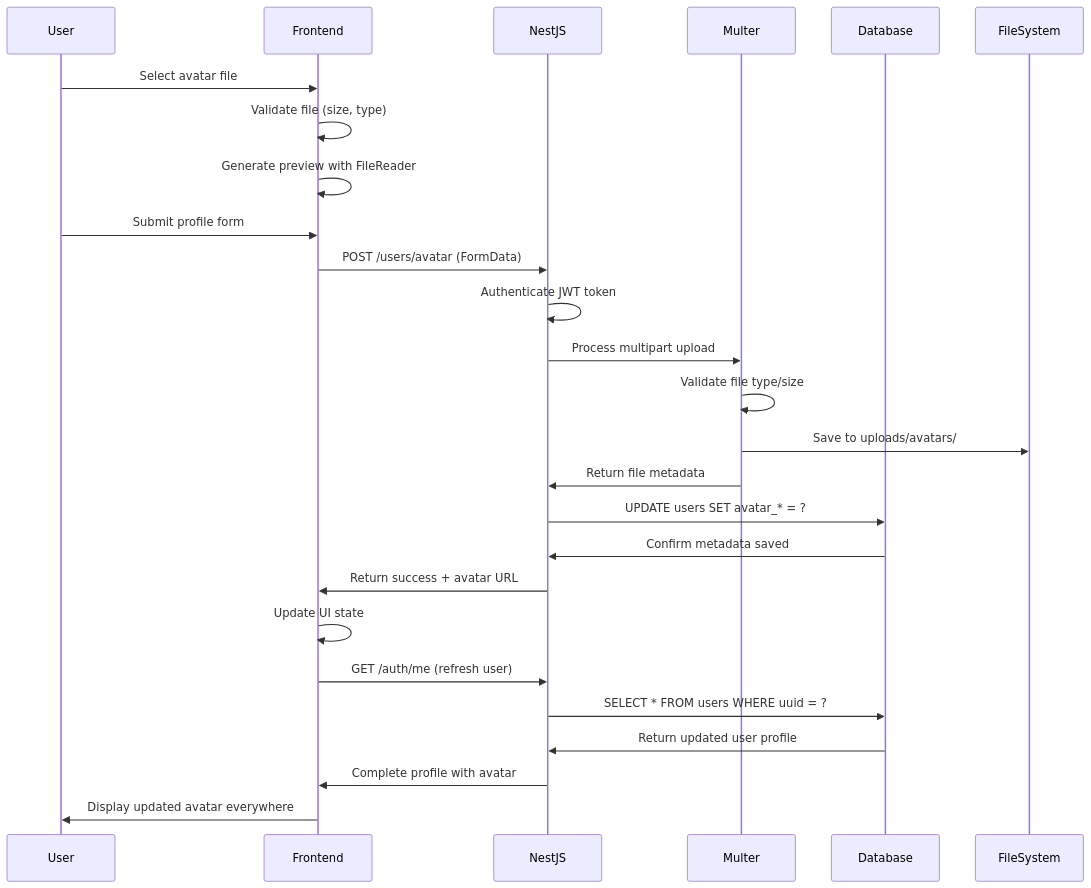
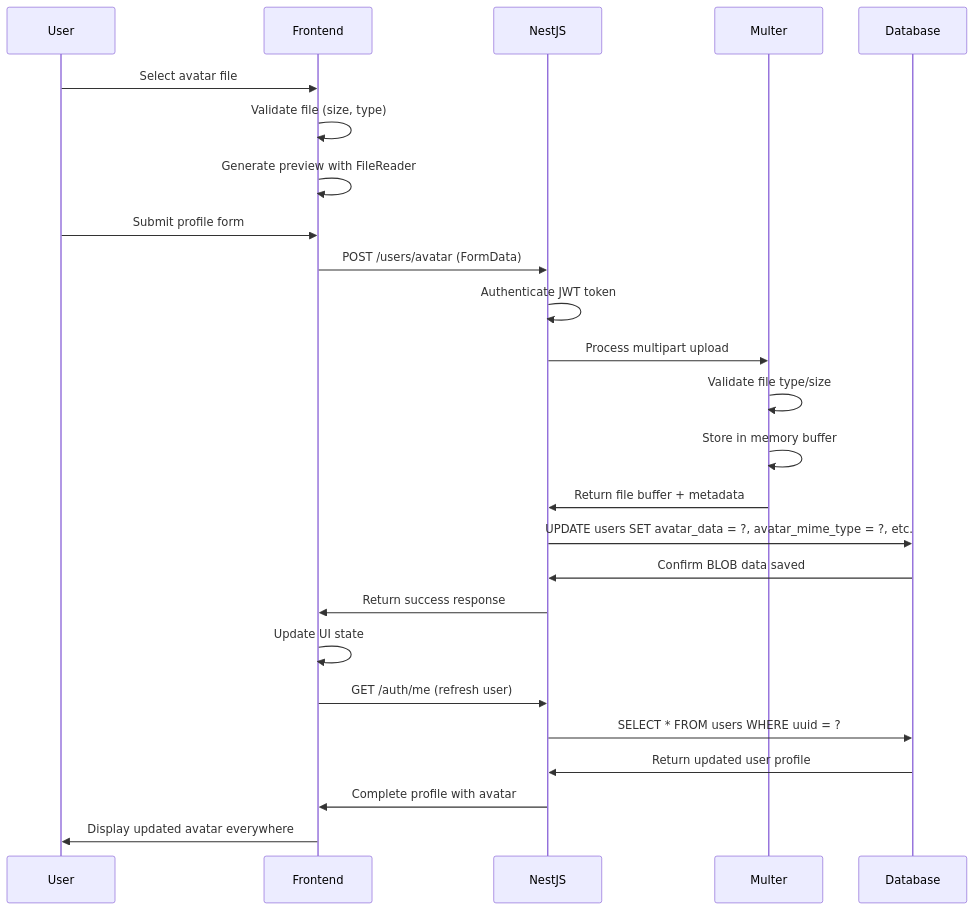
Before and after one commit to itsnothuy/NestJS-BookLibrary: the fourth of 5 diagrams in SYSTEM_ARCHITECTURE.md, drawn with Mermaid. The commit also changed other lines of this file and 1 other file, not shown here.

````diff
--- a/SYSTEM_ARCHITECTURE.md
+++ b/SYSTEM_ARCHITECTURE.md
@@ -873,34 +895,33 @@
 ```mermaid
 sequenceDiagram
     participant User
     participant Frontend
     participant NestJS
     participant Multer
     participant Database
-    participant FileSystem
 
     User->>Frontend: Select avatar file
     Frontend->>Frontend: Validate file (size, type)
     Frontend->>Frontend: Generate preview with FileReader
     User->>Frontend: Submit profile form
     
     Frontend->>NestJS: POST /users/avatar (FormData)
     NestJS->>NestJS: Authenticate JWT token
     NestJS->>Multer: Process multipart upload
     
     Multer->>Multer: Validate file type/size
-    Multer->>FileSystem: Save to uploads/avatars/
-    Multer->>NestJS: Return file metadata
+    Multer->>Multer: Store in memory buffer
+    Multer->>NestJS: Return file buffer + metadata
     
-    NestJS->>Database: UPDATE users SET avatar_* = ?
-    Database->>NestJS: Confirm metadata saved
-    NestJS->>Frontend: Return success + avatar URL
+    NestJS->>Database: UPDATE users SET avatar_data = ?, avatar_mime_type = ?, etc.
+    Database->>NestJS: Confirm BLOB data saved
+    NestJS->>Frontend: Return success response
     
     Frontend->>Frontend: Update UI state
     Frontend->>NestJS: GET /auth/me (refresh user)
     NestJS->>Database: SELECT * FROM users WHERE uuid = ?
     Database->>NestJS: Return updated user profile
     NestJS->>Frontend: Complete profile with avatar
     
     Frontend->>User: Display updated avatar everywhere
 ```
````
